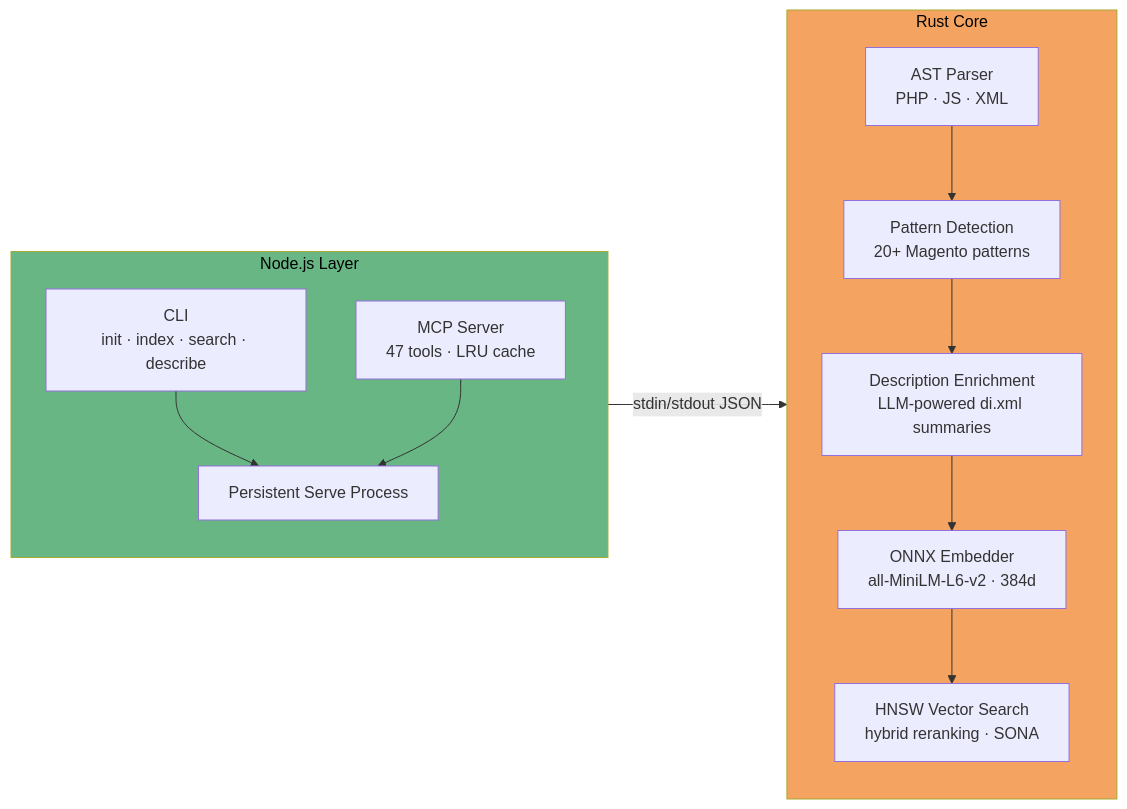
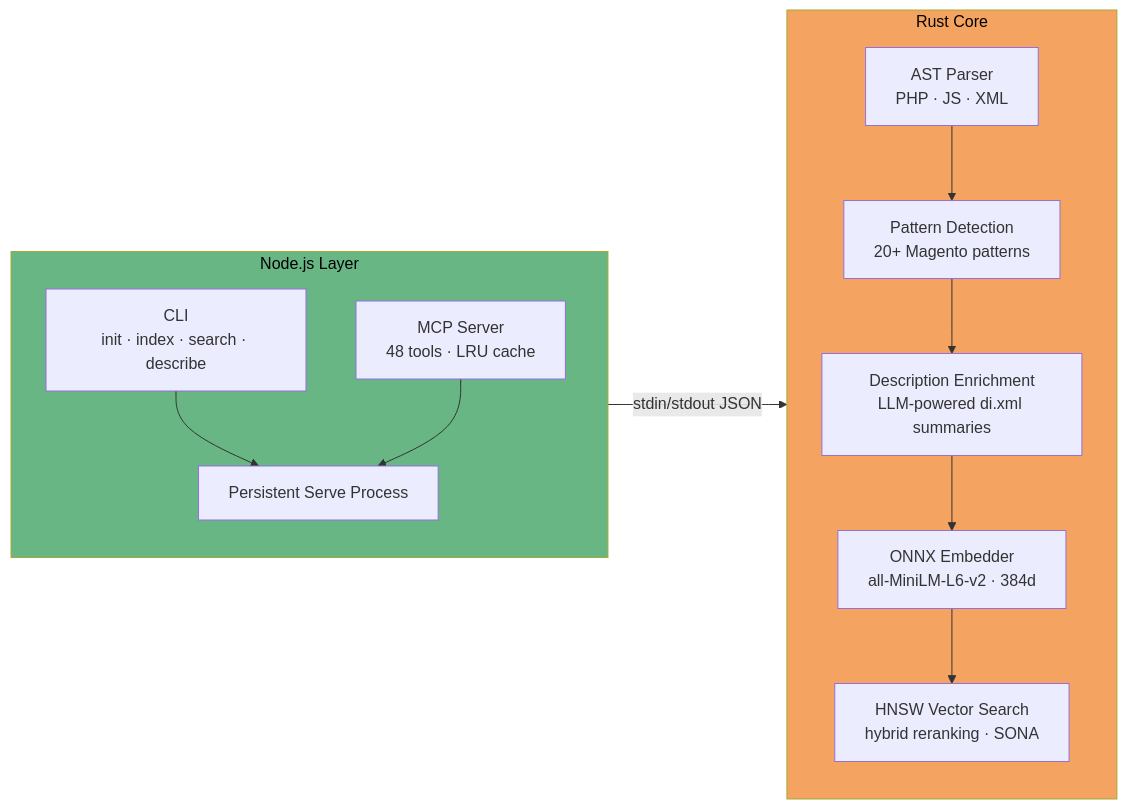
The first of 11 diagrams in README.md (Blumm/magector), drawn with Mermaid before and after one commit. The commit also changed other lines of this file and 10 other files, not shown here.

````diff
--- a/README.md
+++ b/README.md
@@ -68,26 +68,26 @@
 ```mermaid
 flowchart LR
   subgraph node ["Node.js Layer"]
     direction TB
     G["CLI<br/>init · index · search · describe"]
-    E["MCP Server<br/>47 tools · LRU cache"]
+    E["MCP Server<br/>48 tools · LRU cache"]
     F["Persistent Serve Process"]
     G --> F
     E --> F
   end
 
   F -->|"stdin/stdout JSON"| rust
 
   subgraph rust ["Rust Core"]
     direction TB
     A["AST Parser<br/>PHP · JS · XML"]
     B["Pattern Detection<br/>20+ Magento patterns"]
     B2["Description Enrichment<br/>LLM-powered di.xml summaries"]
     C["ONNX Embedder<br/>all-MiniLM-L6-v2 · 384d"]
     D["HNSW Vector Search<br/>hybrid reranking · SONA"]
     A --> B --> B2 --> C --> D
   end
 
   style rust fill:#f4a460,color:#000
   style node fill:#68b684,color:#000
 ```
````
